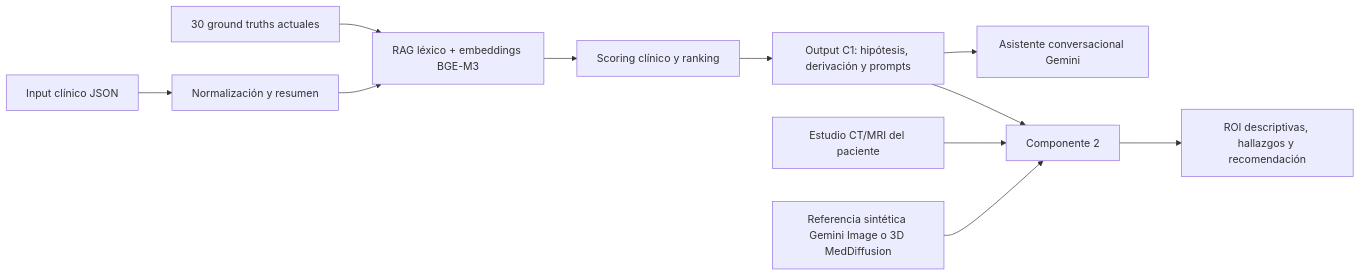
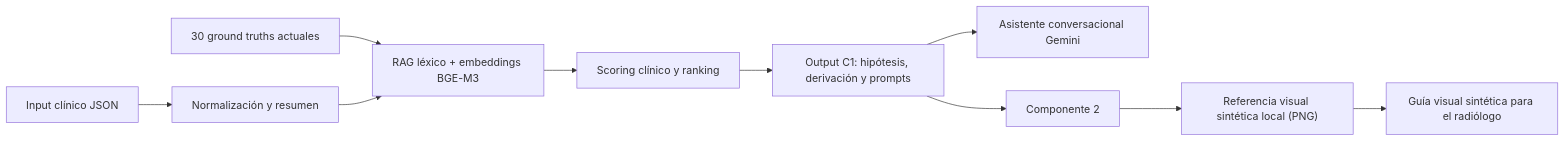
Before and after one commit to MatiasMogetta/ia-biomed-Mati: the diagram in TP-Final/README.md, drawn with Mermaid. The commit also changed other lines of this file and 14 other files, not shown here.

Commit message:
Versión 4: eliminación de Gemini Image y Gemini Vision

````diff
--- a/TP-Final/README.md
+++ b/TP-Final/README.md
@@ -24,13 +24,12 @@
 ```mermaid
 flowchart LR
     A["Input clínico JSON"] --> B["Normalización y resumen"]
     G["30 ground truths actuales"] --> C["RAG léxico + embeddings BGE-M3"]
     B --> C
     C --> D["Scoring clínico y ranking"]
     D --> E["Output C1: hipótesis, derivación y prompts"]
     E --> F["Asistente conversacional Gemini"]
     E --> H["Componente 2"]
-    I["Estudio CT/MRI del paciente"] --> H
-    J["Referencia sintética Gemini Image o 3D MedDiffusion"] --> H
-    H --> K["ROI descriptivas, hallazgos y recomendación"]
+    H --> J["Referencia visual sintética local (PNG)"]
+    J --> K["Guía visual sintética para el radiólogo"]
 ```
````
